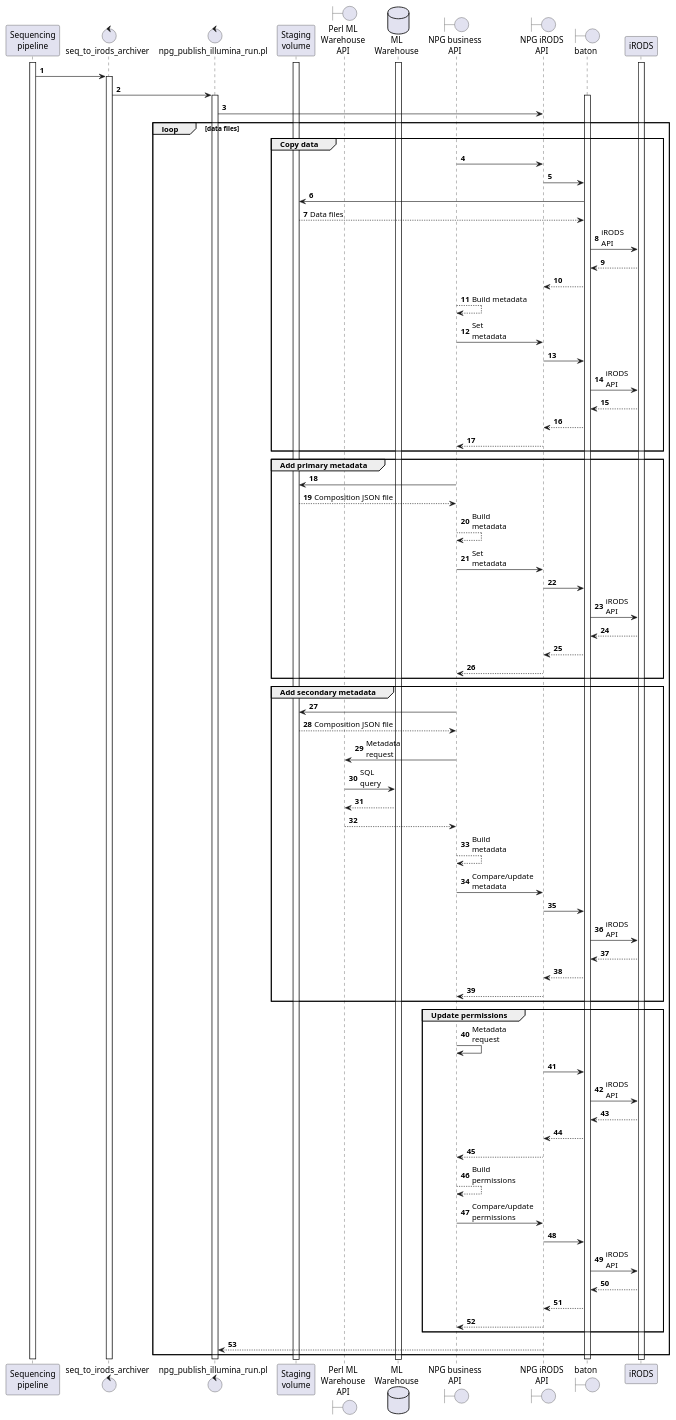
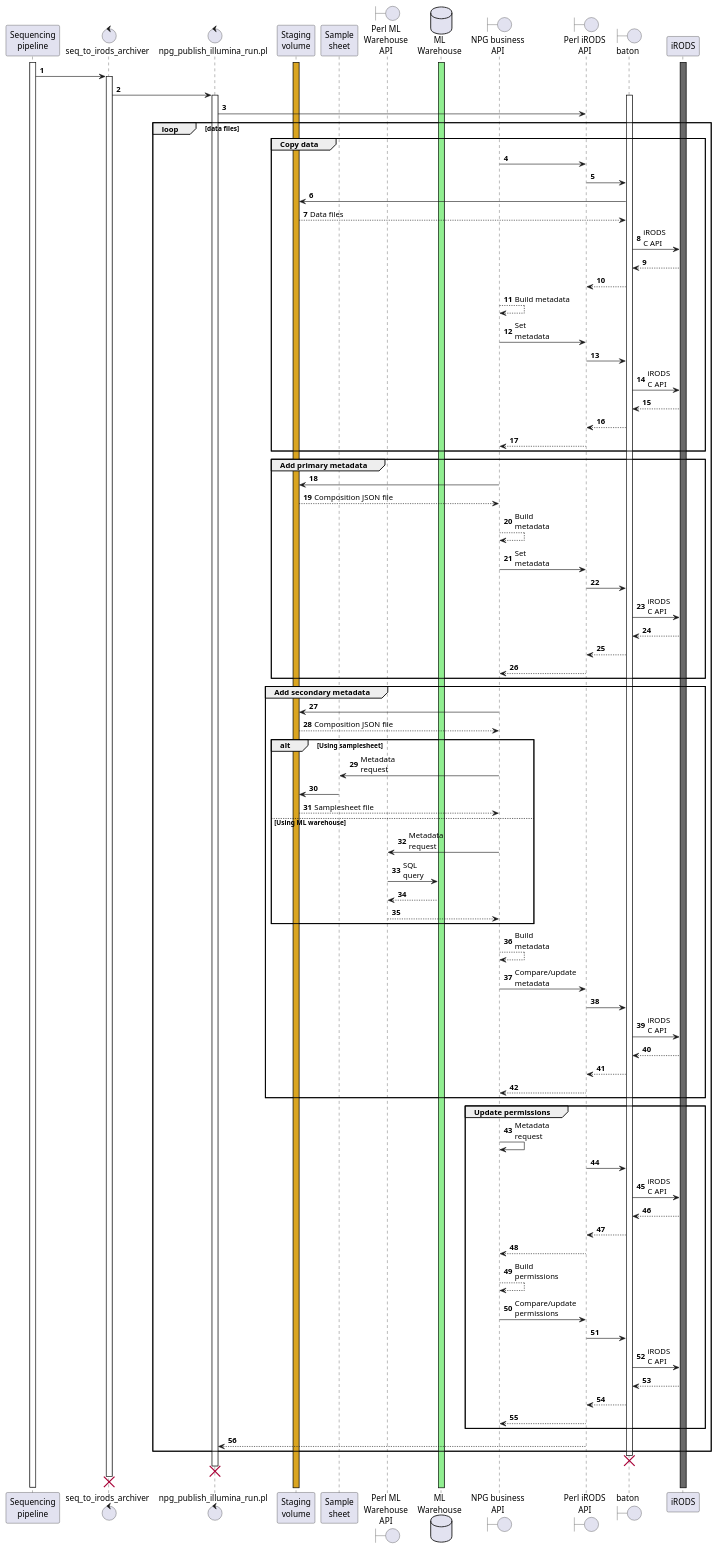
The diagram in doc/diagrams/publish_illumina_run.puml (wtsi-npg/npg_irods), drawn with PlantUML before and after one commit. The commit also changed 4 other files, not shown here.

First line of the commit message:
Improve sequence diagram labels and structure

```diff
--- a/doc/diagrams/publish_illumina_run.puml
+++ b/doc/diagrams/publish_illumina_run.puml
@@ -1,109 +1,116 @@
 @startuml
 'https://plantuml.com/sequence-diagram
 
 autonumber
 
 participant "Sequencing\npipeline" as seqpipe
 control "seq_to_irods_archiver" as archiver
 control "npg_publish_illumina_run.pl" as publish_illumina_run
 participant "Staging\nvolume" as staging
+participant "Sample\nsheet" as samplesheet
 boundary "Perl ML\nWarehouse\nAPI" as perl_mlwh_api
 database "ML\nWarehouse" as mlwh
 boundary "NPG business\nAPI" as npg_business_api
-boundary "NPG iRODS\nAPI" as npg_irods_api
+boundary "Perl iRODS\nAPI" as perl_irods_api
 boundary "baton" as baton
 participant "iRODS" as irods
 
-activate mlwh
-activate irods
-activate staging
+activate mlwh #lightgreen
+activate irods #dimgray
+activate staging #goldenrod
 activate seqpipe
 
 seqpipe -> archiver
 activate archiver
 archiver -> publish_illumina_run
 activate publish_illumina_run
 activate baton
 
-publish_illumina_run -> npg_irods_api
+publish_illumina_run -> perl_irods_api
 
 loop data files
 
 group Copy data
-npg_business_api -> npg_irods_api
-npg_irods_api -> baton
+npg_business_api -> perl_irods_api
+perl_irods_api -> baton
 baton -> staging
 staging --> baton : Data files
-baton -> irods : iRODS\nAPI
+baton -> irods : iRODS\nC API
 irods --> baton
-baton --> npg_irods_api
+baton --> perl_irods_api
 
 npg_business_api --> npg_business_api : Build metadata
 
-npg_business_api -> npg_irods_api : Set \nmetadata
-npg_irods_api -> baton
-baton -> irods : iRODS\nAPI
+npg_business_api -> perl_irods_api : Set \nmetadata
+perl_irods_api -> baton
+baton -> irods : iRODS\nC API
 irods --> baton
-baton --> npg_irods_api
-npg_irods_api --> npg_business_api
+baton --> perl_irods_api
+perl_irods_api --> npg_business_api
 end
 
 group Add primary metadata
 npg_business_api -> staging
 staging --> npg_business_api : Composition JSON file
 npg_business_api --> npg_business_api : Build\nmetadata
 
-npg_business_api -> npg_irods_api : Set\nmetadata
-npg_irods_api -> baton
-baton -> irods : iRODS\nAPI
+npg_business_api -> perl_irods_api : Set\nmetadata
+perl_irods_api -> baton
+baton -> irods : iRODS\nC API
 irods --> baton
-baton --> npg_irods_api
-npg_irods_api --> npg_business_api
+baton --> perl_irods_api
+perl_irods_api --> npg_business_api
 end group
 
 group Add secondary metadata
 npg_business_api -> staging
 staging --> npg_business_api : Composition JSON file
-npg_business_api -> perl_mlwh_api : Metadata\nrequest
-perl_mlwh_api -> mlwh : SQL\nquery
-mlwh --> perl_mlwh_api
-perl_mlwh_api --> npg_business_api
+
+alt Using samplesheet
+    npg_business_api -> samplesheet : Metadata\nrequest
+    samplesheet -> staging
+    staging--> npg_business_api : Samplesheet file
+else Using ML warehouse
+    npg_business_api -> perl_mlwh_api : Metadata\nrequest
+    perl_mlwh_api -> mlwh : SQL\nquery
+    mlwh --> perl_mlwh_api
+    perl_mlwh_api --> npg_business_api
+end
 
 npg_business_api --> npg_business_api : Build\nmetadata
 
-npg_business_api -> npg_irods_api : Compare/update\nmetadata
-npg_irods_api -> baton
-baton -> irods : iRODS\nAPI
+npg_business_api -> perl_irods_api : Compare/update\nmetadata
+perl_irods_api -> baton
+baton -> irods : iRODS\nC API
 irods --> baton
-baton --> npg_irods_api
-npg_irods_api --> npg_business_api
+baton --> perl_irods_api
+perl_irods_api --> npg_business_api
 end group
 
 group Update permissions
 npg_business_api -> npg_business_api : Metadata\nrequest
-npg_irods_api -> baton
-baton -> irods : iRODS\nAPI
+perl_irods_api -> baton
+baton -> irods : iRODS\nC API
 irods --> baton
-baton --> npg_irods_api
-npg_irods_api --> npg_business_api
+baton --> perl_irods_api
+perl_irods_api --> npg_business_api
 
 npg_business_api --> npg_business_api : Build\npermissions
 
-npg_business_api -> npg_irods_api : Compare/update\npermissions
-npg_irods_api -> baton
-baton -> irods : iRODS\nAPI
+npg_business_api -> perl_irods_api : Compare/update\npermissions
+perl_irods_api -> baton
+baton -> irods : iRODS\nC API
 irods --> baton
-baton --> npg_irods_api
-npg_irods_api --> npg_business_api
+baton --> perl_irods_api
+perl_irods_api --> npg_business_api
 end group
 
-npg_irods_api --> publish_illumina_run
-
+perl_irods_api --> publish_illumina_run
 end
 
-deactivate baton
-deactivate publish_illumina_run
-deactivate archiver
+destroy baton
+destroy publish_illumina_run
+destroy archiver
 deactivate seqpipe
 
 @enduml
```
